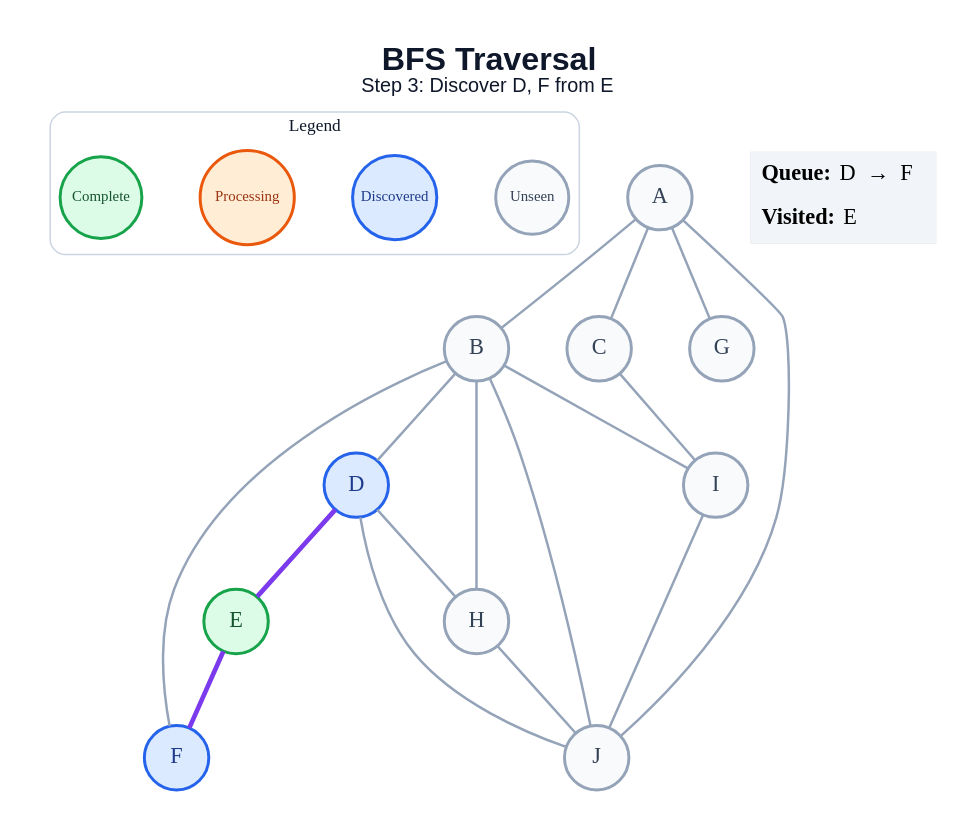
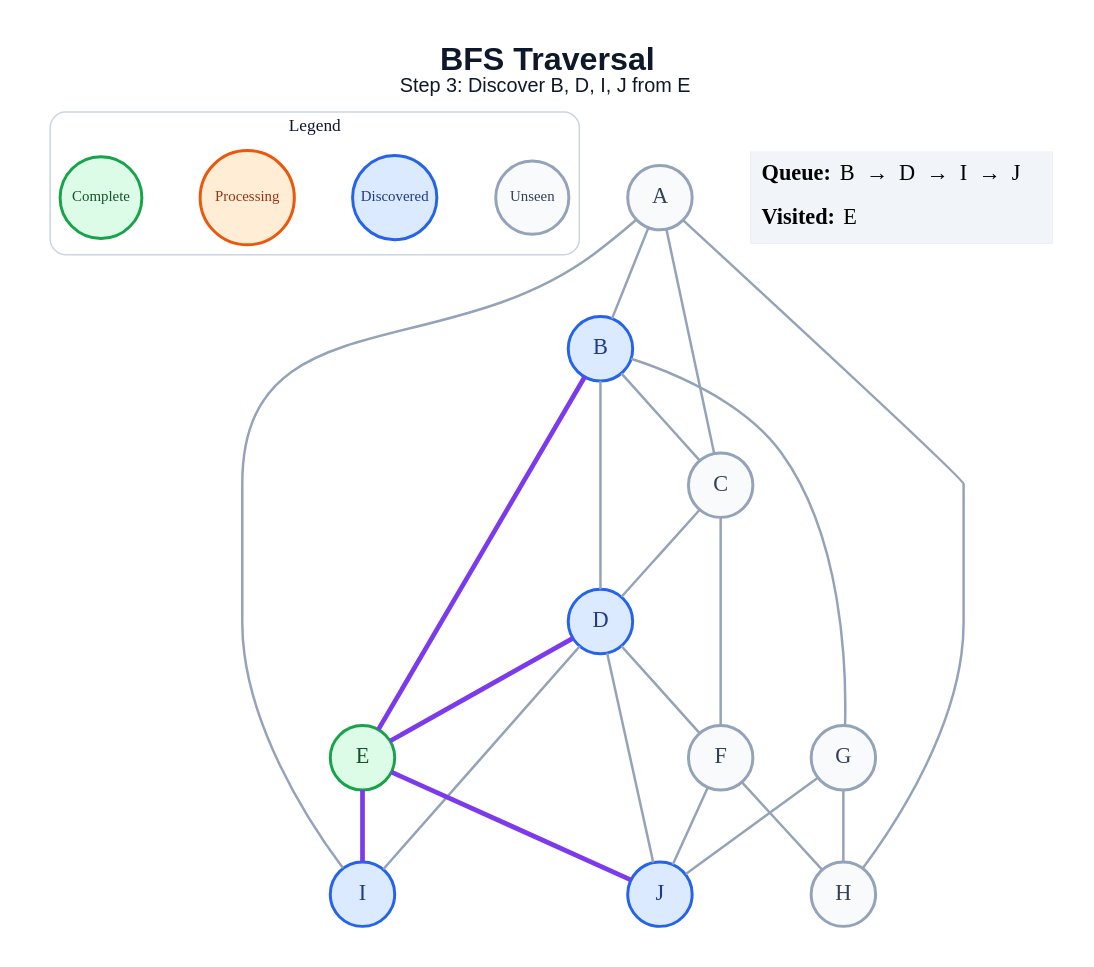
One commit to anon7238593-create/ai-slop changed the diagram in generated/specific-node/bfs/step_03.dot. Above: the diagram before and after it, drawn with Graphviz. The commit also changed 171 other files, not shown here.

```diff
--- a/generated/specific-node/bfs/step_03.dot
+++ b/generated/specific-node/bfs/step_03.dot
@@ -1,45 +1,49 @@
 graph traversal {
   graph [layout=dot, rankdir=TB, bgcolor="#FFFFFF", pad="0.35", nodesep="0.65", ranksep="0.8", fontname="Arial"];
   node [shape=circle, style="filled", fontname="Arial Bold", fontsize=18, width=0.72, fixedsize=true, penwidth=2.4];
   edge [color="#94A3B8", penwidth=2.0];
-  label=<<B>BFS Traversal</B><BR/><FONT POINT-SIZE="16">Step 3: Discover D, F from E</FONT>>; labelloc="t"; fontsize=26; fontname="Arial"; fontcolor="#0F172A";
+  label=<<B>BFS Traversal</B><BR/><FONT POINT-SIZE="16">Step 3: Discover B, D, I, J from E</FONT>>; labelloc="t"; fontsize=26; fontname="Arial"; fontcolor="#0F172A";
   subgraph cluster_legend { label="Legend"; color="#CBD5E1"; penwidth=1.2; style="rounded"; fontsize=14; fontname="Arial Bold";
     key_unseen [label="Unseen", fillcolor="#F8FAFC", color="#94A3B8", fontcolor="#334155", fontsize=12, width=0.82];
     key_frontier [label="Discovered", fillcolor="#DBEAFE", color="#2563EB", fontcolor="#1E3A8A", fontsize=12, width=0.95];
     key_current [label="Processing", fillcolor="#FFEDD5", color="#EA580C", fontcolor="#9A3412", fontsize=12, width=1.05];
     key_done [label="Complete", fillcolor="#DCFCE7", color="#16A34A", fontcolor="#14532D", fontsize=12, width=0.92];
     { rank=same; key_unseen; key_frontier; key_current; key_done; }
   }
   A [fillcolor="#F8FAFC", color="#94A3B8", fontcolor="#334155"];
-  B [fillcolor="#F8FAFC", color="#94A3B8", fontcolor="#334155"];
+  B [fillcolor="#DBEAFE", color="#2563EB", fontcolor="#1E3A8A"];
   C [fillcolor="#F8FAFC", color="#94A3B8", fontcolor="#334155"];
   D [fillcolor="#DBEAFE", color="#2563EB", fontcolor="#1E3A8A"];
   E [fillcolor="#DCFCE7", color="#16A34A", fontcolor="#14532D"];
-  F [fillcolor="#DBEAFE", color="#2563EB", fontcolor="#1E3A8A"];
+  F [fillcolor="#F8FAFC", color="#94A3B8", fontcolor="#334155"];
   G [fillcolor="#F8FAFC", color="#94A3B8", fontcolor="#334155"];
   H [fillcolor="#F8FAFC", color="#94A3B8", fontcolor="#334155"];
-  I [fillcolor="#F8FAFC", color="#94A3B8", fontcolor="#334155"];
-  J [fillcolor="#F8FAFC", color="#94A3B8", fontcolor="#334155"];
+  I [fillcolor="#DBEAFE", color="#2563EB", fontcolor="#1E3A8A"];
+  J [fillcolor="#DBEAFE", color="#2563EB", fontcolor="#1E3A8A"];
   A -- B;
   A -- C;
-  A -- G;
-  A -- J;
+  A -- H;
+  A -- I;
+  B -- C;
   B -- D;
-  B -- F;
-  B -- H;
-  B -- I;
-  B -- J;
-  C -- I;
+  B -- E [color="#7C3AED", penwidth=3.8];
+  B -- G;
+  C -- D;
+  C -- F;
   D -- E [color="#7C3AED", penwidth=3.8];
-  D -- H;
+  D -- F;
+  D -- I;
   D -- J;
-  E -- F [color="#7C3AED", penwidth=3.8];
-  H -- J;
-  I -- J;
+  E -- I [color="#7C3AED", penwidth=3.8];
+  E -- J [color="#7C3AED", penwidth=3.8];
+  F -- H;
+  F -- J;
+  G -- H;
+  G -- J;
   status [shape=plain, fixedsize=false, width=0, height=0, margin=0, label=<
     <TABLE BORDER="0" CELLBORDER="0" CELLPADDING="7" BGCOLOR="#F1F5F9">
-      <TR><TD ALIGN="LEFT"><B>Queue:</B> D  →  F</TD></TR>
+      <TR><TD ALIGN="LEFT"><B>Queue:</B> B  →  D  →  I  →  J</TD></TR>
       <TR><TD ALIGN="LEFT"><B>Visited:</B> E</TD></TR>
     </TABLE>
   >];
 }
```
